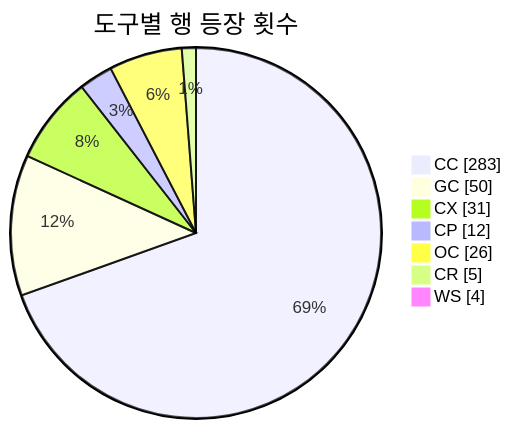
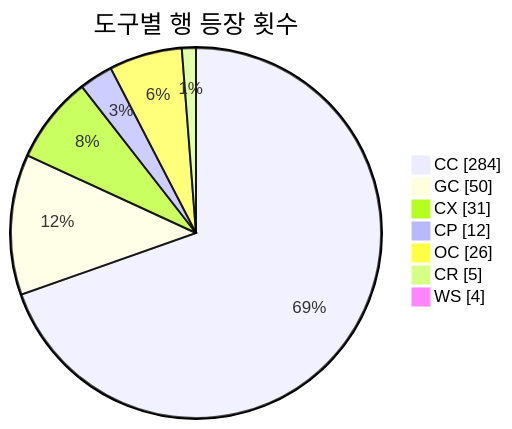
The second of 3 diagrams in README.md (J-nowcow/awesome-korean-agent-skills), drawn with Mermaid before and after one commit. The commit also changed other lines of this file and 3 other files, not shown here.

````diff
--- a/README.md
+++ b/README.md
@@ -193,11 +193,11 @@
 ```mermaid
 pie showData
     title 도구별 행 등장 횟수
-    "CC" : 283
+    "CC" : 284
     "GC" : 50
     "CX" : 31
     "CP" : 12
     "OC" : 26
     "CR" : 5
     "WS" : 4
 ```
````
